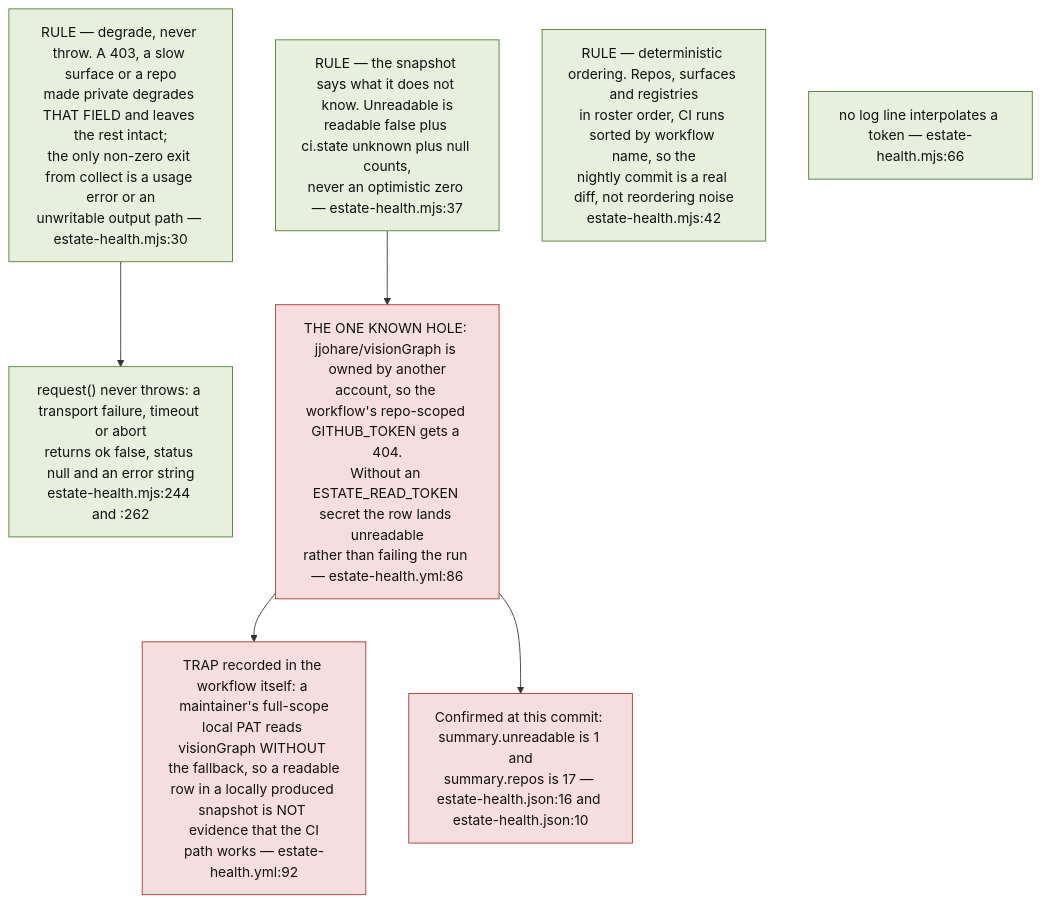
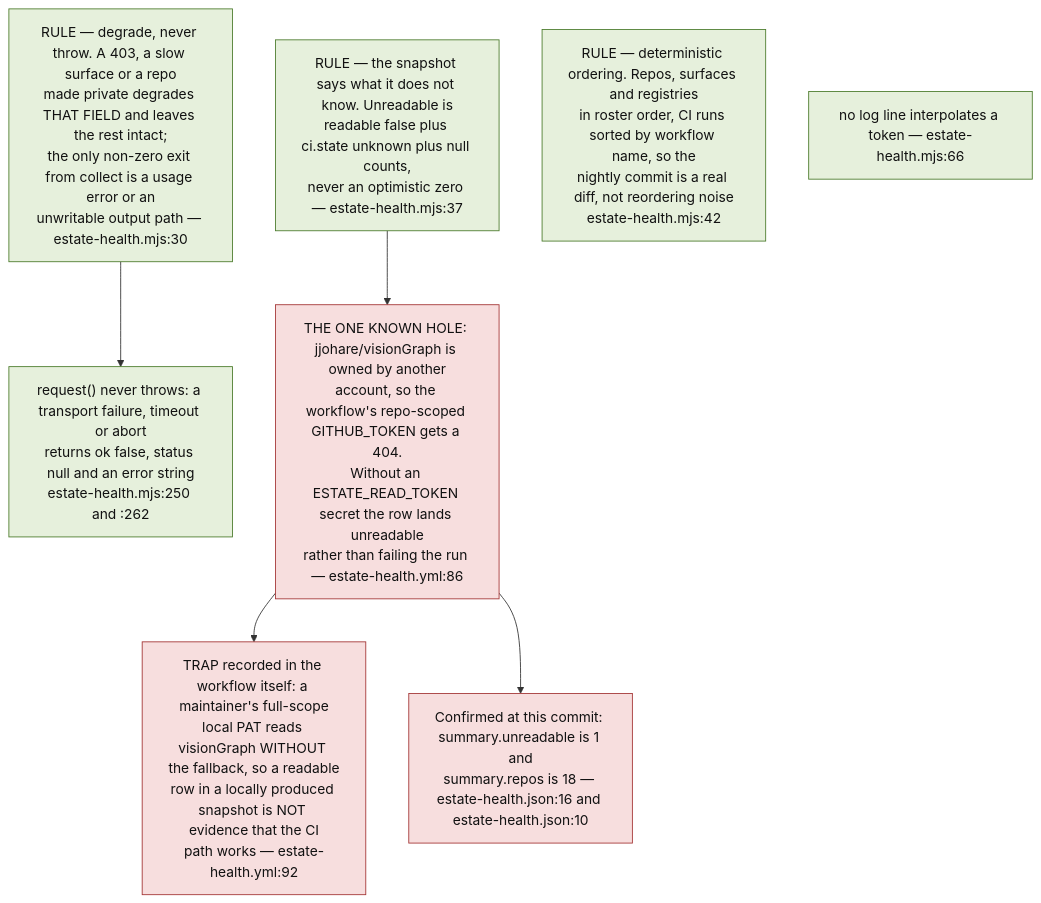
The fifth of 9 diagrams in docs/diagrams/visionflow/03-estate-health.md (DreamLab-AI/VisionFlow), drawn with Mermaid before and after one commit. The commit also changed other lines of this file and 160 other files, not shown here.

````diff
--- a/docs/diagrams/visionflow/03-estate-health.md
+++ b/docs/diagrams/visionflow/03-estate-health.md
@@ -169,20 +170,20 @@
 ```mermaid
 flowchart TB
     classDef rule fill:#e6f0dc,stroke:#4a7a2a,color:#111
     classDef bad fill:#f7dede,stroke:#a33333,color:#111
 
     R1["RULE — degrade, never throw. A 403, a slow surface or a repo<br/>made private degrades THAT FIELD and leaves the rest intact;<br/>the only non-zero exit from collect is a usage error or an<br/>unwritable output path — estate-health.mjs:30"]:::rule
     R2["RULE — the snapshot says what it does not know. Unreadable is<br/>readable false plus ci.state unknown plus null counts,<br/>never an optimistic zero — estate-health.mjs:37"]:::rule
     R3["RULE — deterministic ordering. Repos, surfaces and registries<br/>in roster order, CI runs sorted by workflow name, so the<br/>nightly commit is a real diff, not reordering noise<br/>estate-health.mjs:42"]:::rule
 
-    MECH["request() never throws: a transport failure, timeout or abort<br/>returns ok false, status null and an error string<br/>estate-health.mjs:244 and :262"]:::rule
+    MECH["request() never throws: a transport failure, timeout or abort<br/>returns ok false, status null and an error string<br/>estate-health.mjs:250 and :262"]:::rule
     R1 --> MECH
     NOTOK["no log line interpolates a token — estate-health.mjs:66"]:::rule
 
     HOLE["THE ONE KNOWN HOLE: jjohare/visionGraph is owned by another<br/>account, so the workflow's repo-scoped GITHUB_TOKEN gets a 404.<br/>Without an ESTATE_READ_TOKEN secret the row lands unreadable<br/>rather than failing the run — estate-health.yml:86"]:::bad
     R2 --> HOLE
     TRAP["TRAP recorded in the workflow itself: a maintainer's full-scope<br/>local PAT reads visionGraph WITHOUT the fallback, so a readable<br/>row in a locally produced snapshot is NOT evidence that the CI<br/>path works — estate-health.yml:92"]:::bad
     HOLE --> TRAP
-    LIVE["Confirmed at this commit: summary.unreadable is 1 and<br/>summary.repos is 17 — estate-health.json:16 and estate-health.json:10"]:::bad
+    LIVE["Confirmed at this commit: summary.unreadable is 1 and<br/>summary.repos is 18 — estate-health.json:16 and estate-health.json:10"]:::bad
     HOLE --> LIVE
 ```
````
